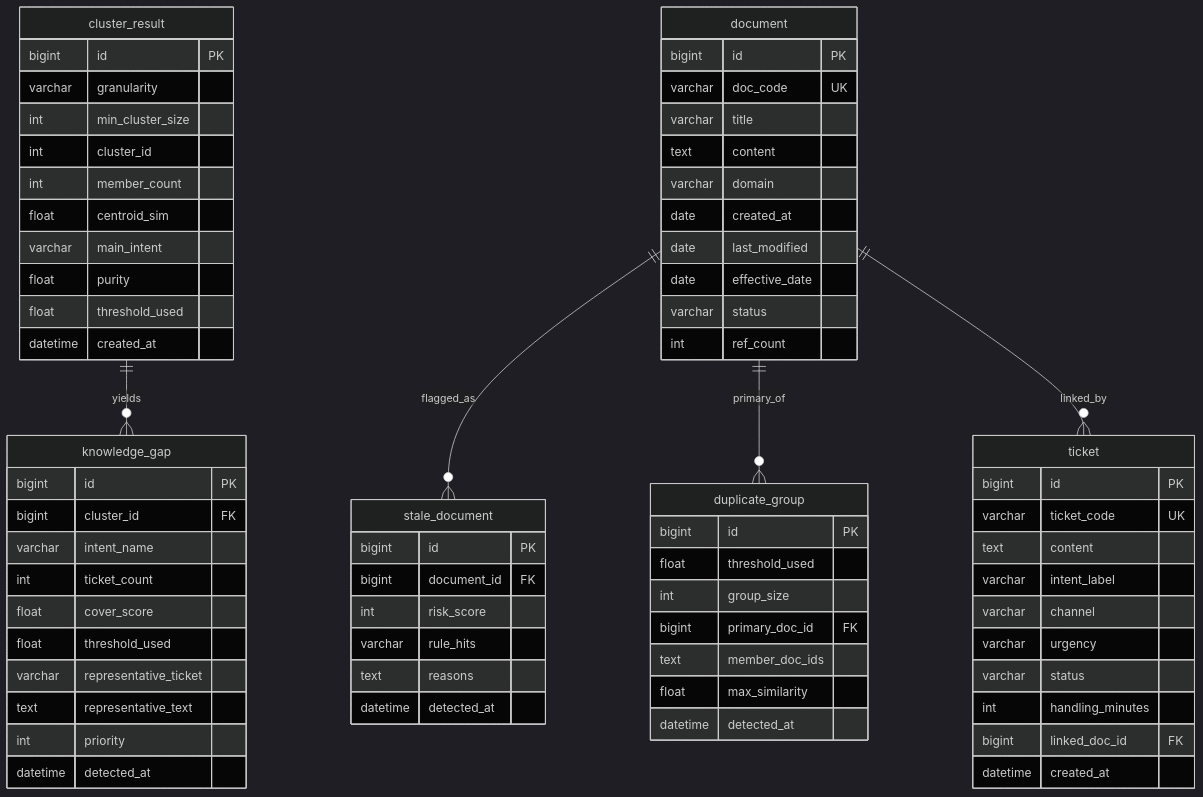
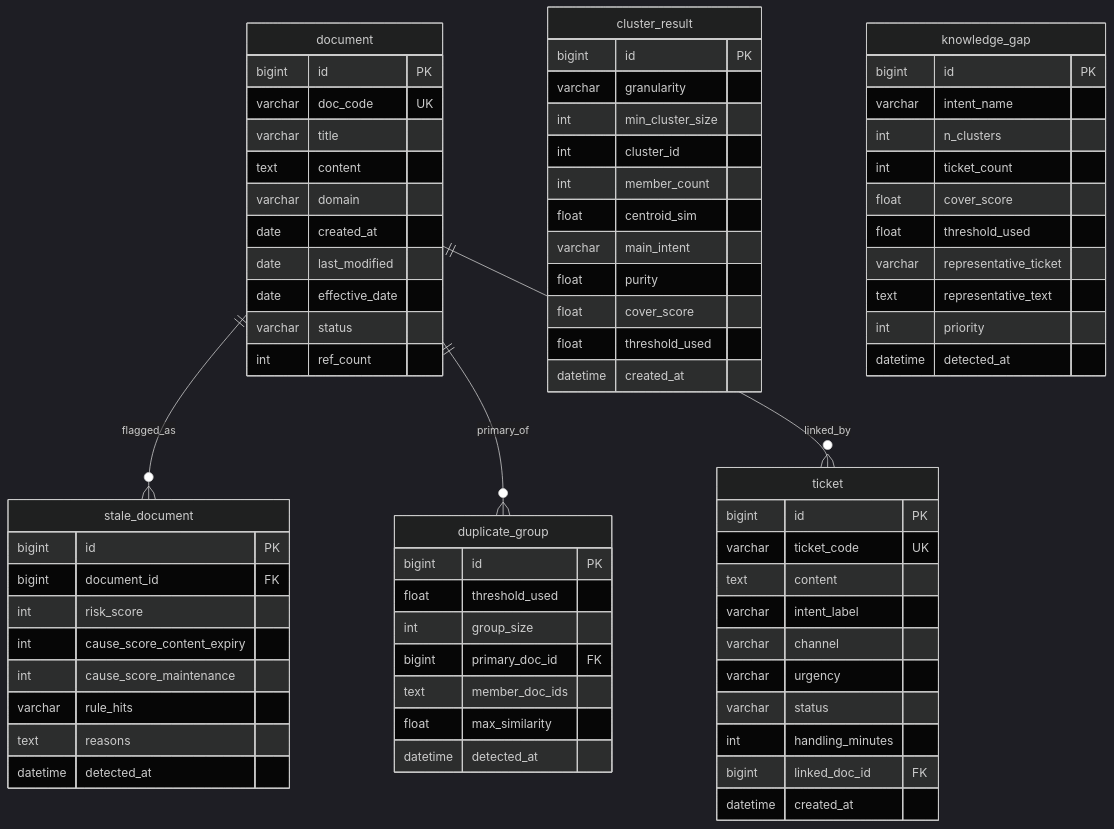
Before and after one commit to meisijiya/kb-quality-governance: the third of 3 diagrams in docs/技术方案/企业知识库质量治理系统技术方案.md, drawn with Mermaid (dark theme). The commit also changed other lines of this file and 21 other files, not shown here.

First line of the commit message:
docs(plan): 方案、审计、图稿与术语同步到两口径与意图级判定

````diff
--- a/docs/技术方案/企业知识库质量治理系统技术方案.md
+++ b/docs/技术方案/企业知识库质量治理系统技术方案.md
@@ -223,73 +223,75 @@
 ```mermaid
 erDiagram
-    cluster_result ||--o{ knowledge_gap : yields
     document ||--o{ stale_document : flagged_as
     document ||--o{ duplicate_group : primary_of
     document ||--o{ ticket : linked_by
 
     document {
         bigint id PK
         varchar doc_code UK
         varchar title
         text content
         varchar domain
         date created_at
         date last_modified
         date effective_date
         varchar status
         int ref_count
     }
     ticket {
         bigint id PK
         varchar ticket_code UK
         text content
         varchar intent_label
         varchar channel
         varchar urgency
         varchar status
         int handling_minutes
         bigint linked_doc_id FK
         datetime created_at
     }
     cluster_result {
         bigint id PK
         varchar granularity
         int min_cluster_size
         int cluster_id
         int member_count
         float centroid_sim
         varchar main_intent
         float purity
+        float cover_score
         float threshold_used
         datetime created_at
     }
     knowledge_gap {
         bigint id PK
-        bigint cluster_id FK
         varchar intent_name
+        int n_clusters
         int ticket_count
         float cover_score
         float threshold_used
         varchar representative_ticket
         text representative_text
         int priority
         datetime detected_at
     }
     stale_document {
         bigint id PK
         bigint document_id FK
         int risk_score
+        int cause_score_content_expiry
+        int cause_score_maintenance
         varchar rule_hits
         text reasons
         datetime detected_at
     }
     duplicate_group {
         bigint id PK
         float threshold_used
         int group_size
         bigint primary_doc_id FK
         text member_doc_ids
         float max_similarity
         datetime detected_at
     }
 ```
````
